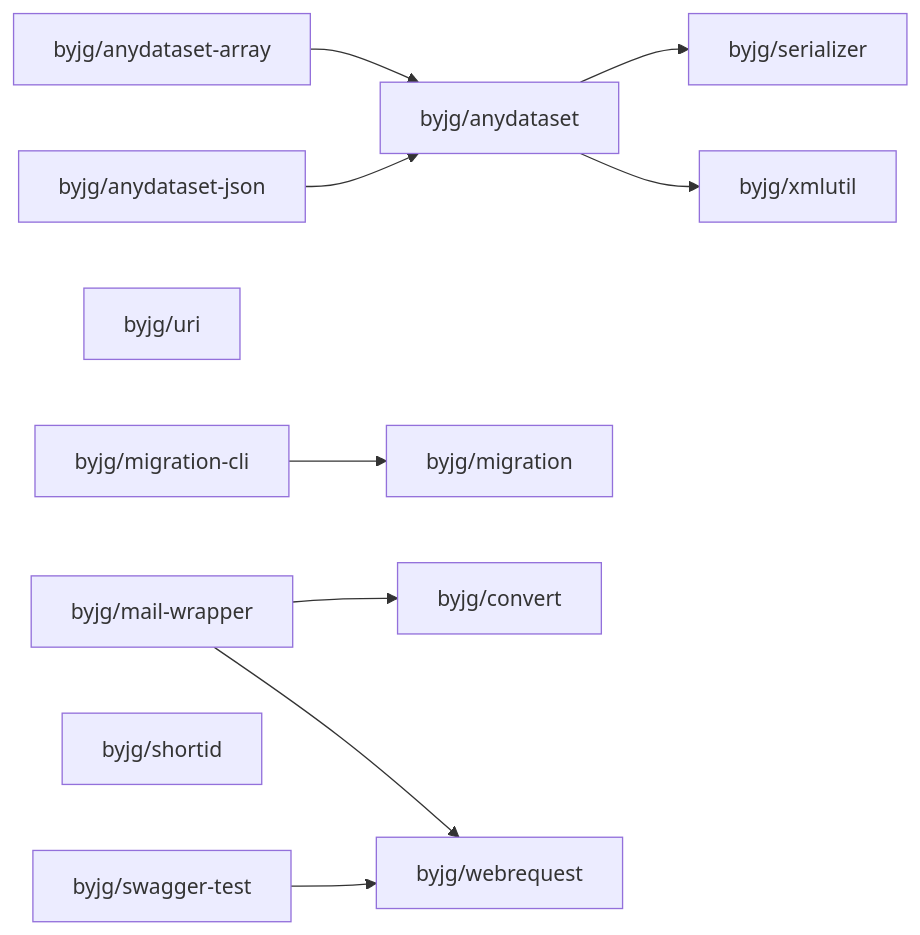
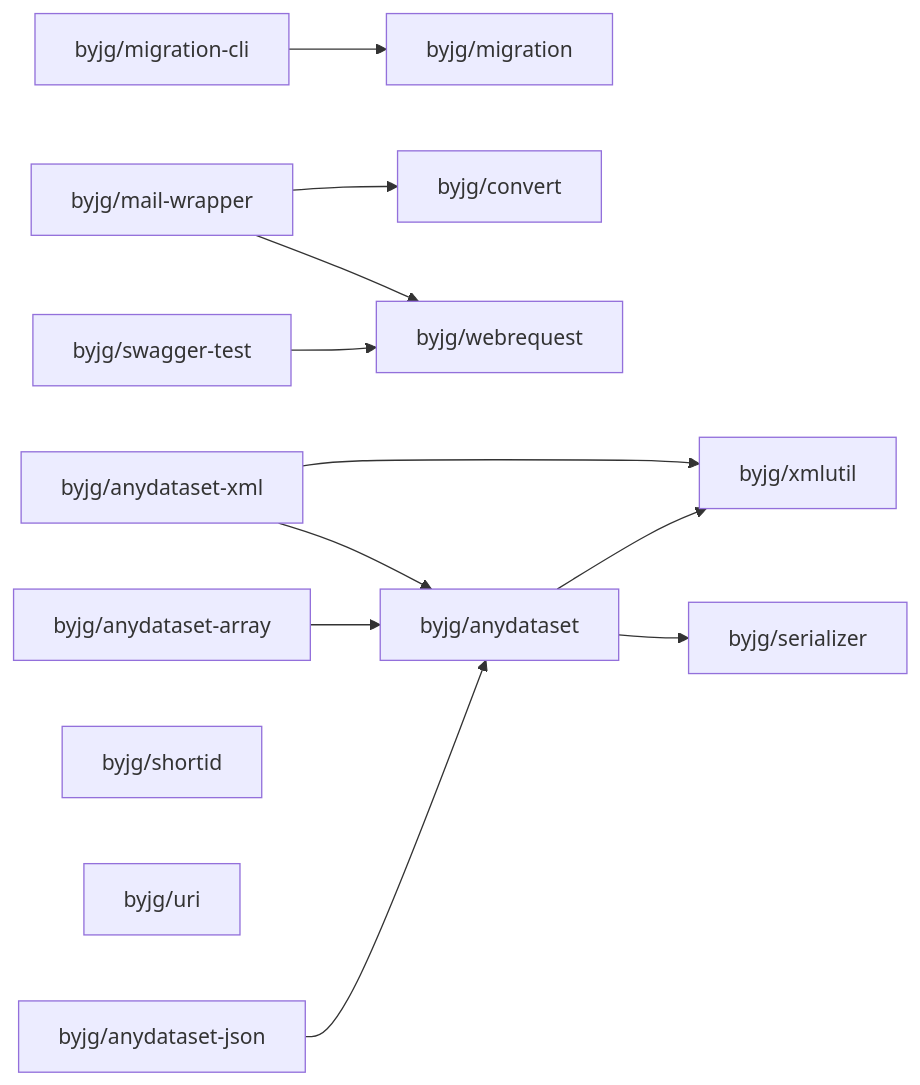
Before and after one commit to byjg/byjg.github.io: the diagram in php/README.md, drawn with Mermaid. The commit also changed 1 other file, not shown here.

Commit message:
Update documentation 'php' 'php-anydataset-xml'

````diff
--- a/php/README.md
+++ b/php/README.md
@@ -3,24 +3,27 @@
 ```mermaid
 graph LR;
+  byjg/migration-cli;
+  byjg/mail-wrapper;
+  byjg/swagger-test;
   byjg/anydataset-array;
   byjg/anydataset-json;
+  byjg/shortid;
   byjg/uri;
-  byjg/swagger-test;
-  byjg/migration-cli;
-  byjg/shortid;
-  byjg/mail-wrapper;
-  byjg/anydataset;
+  byjg/anydataset-xml;
   byjg/migration;
   byjg/convert;
   byjg/webrequest;
+  byjg/anydataset;
   byjg/serializer;
   byjg/xmlutil;
+  byjg/anydataset-xml --> byjg/anydataset;
+  byjg/anydataset-xml --> byjg/xmlutil;
   byjg/anydataset-array --> byjg/anydataset;
   byjg/mail-wrapper --> byjg/convert;
   byjg/mail-wrapper --> byjg/webrequest;
   byjg/anydataset-json --> byjg/anydataset;
   byjg/swagger-test --> byjg/webrequest;
   byjg/migration-cli --> byjg/migration;
   byjg/anydataset --> byjg/serializer;
   byjg/anydataset --> byjg/xmlutil;
 ```
````
